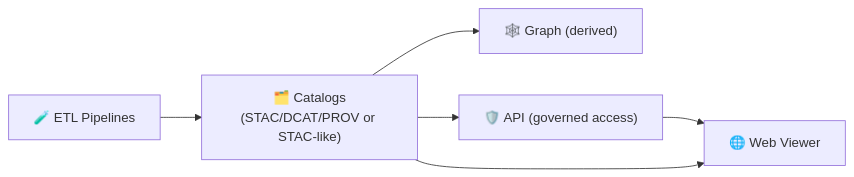
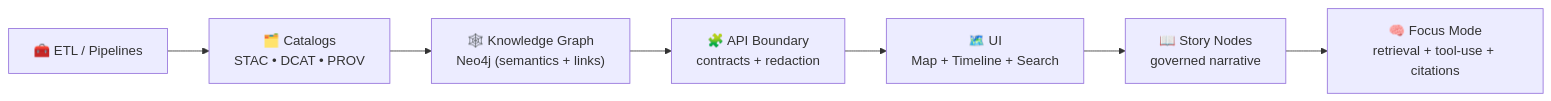
The first of 2 diagrams in web/README.md (bartytime4life/Kansas-Frontier-Matrix), drawn with Mermaid before and after one commit. The commit also changed other lines of this file, not shown here.

````diff
--- a/web/README.md
+++ b/web/README.md
@@ -103,8 +120,9 @@
 ```mermaid
 flowchart LR
-  ETL["🧪 ETL Pipelines"] --> CAT["🗂️ Catalogs<br/>(STAC/DCAT/PROV or STAC-like)"]
-  CAT --> GRAPH["🕸️ Graph (derived)"]
-  CAT --> API["🛡️ API (governed access)"]
-  API --> UI["🌐 Web Viewer"]
-  CAT --> UI
+  A["🧰 ETL / Pipelines"] --> B["🗂️ Catalogs<br/>STAC • DCAT • PROV"]
+  B --> C["🕸️ Knowledge Graph<br/>Neo4j (semantics + links)"]
+  C --> D["🧩 API Boundary<br/>contracts + redaction"]
+  D --> E["🗺️ UI<br/>Map + Timeline + Search"]
+  E --> F["📖 Story Nodes<br/>governed narrative"]
+  F --> G["🧠 Focus Mode<br/>retrieval + tool-use + citations"]
 ```
````
